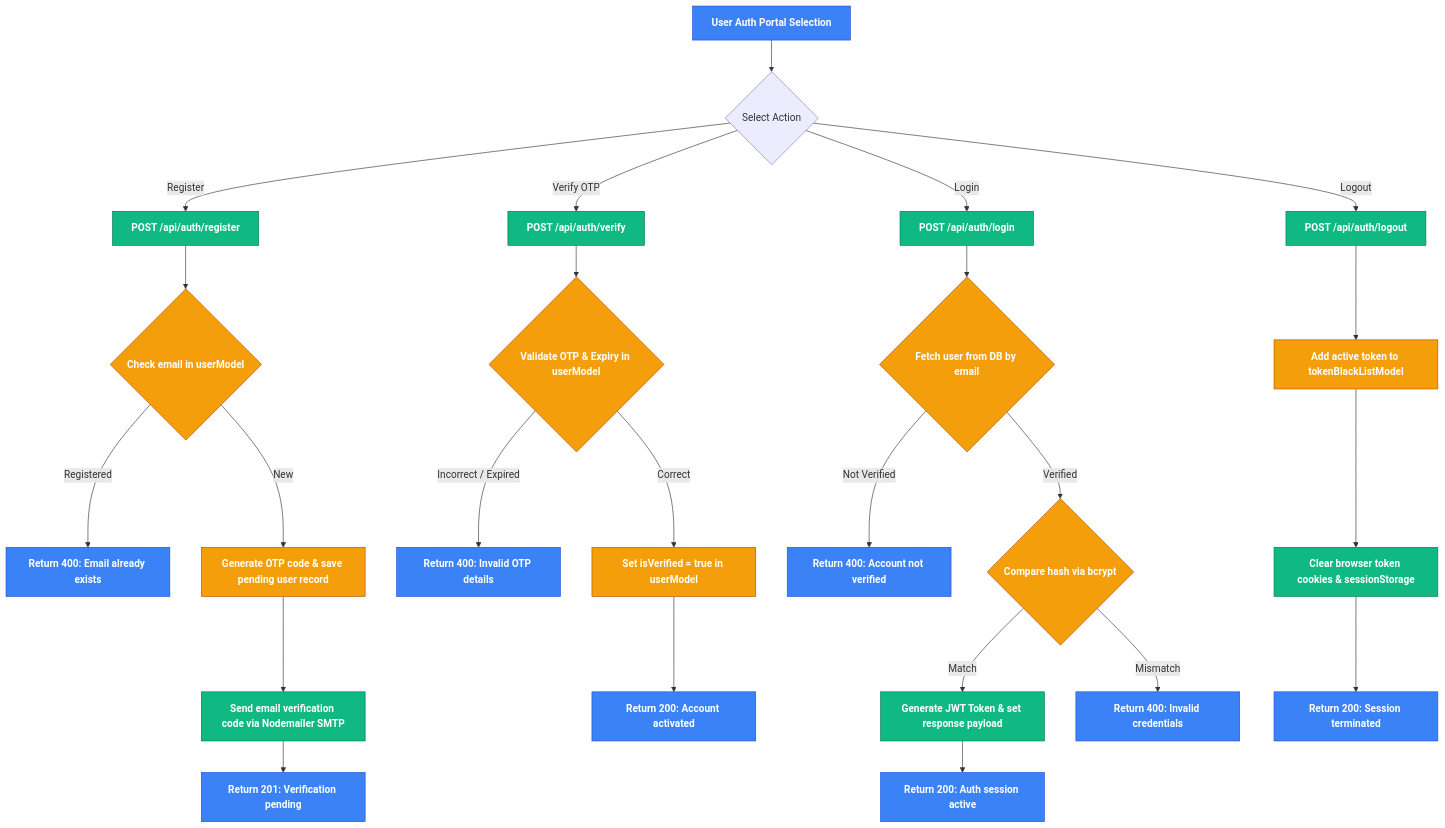
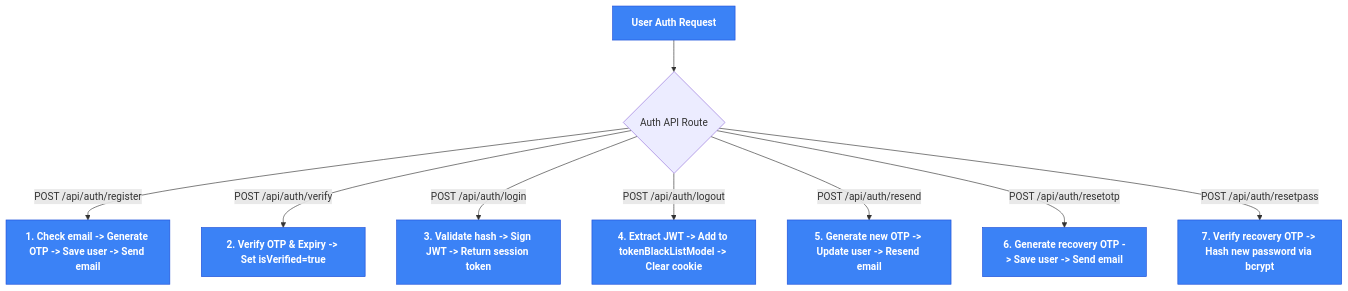
One commit to nihar5776/Banking-System changed the second of 5 diagrams in README.md. Above: the diagram before and after it, drawn with Mermaid. The commit also changed other lines of this file, not shown here.

Commit message:
docs: detail explicit step-by-step execution workflows for all 14 backend API endpoints in README

````diff
--- a/README.md
+++ b/README.md
@@ -238,40 +238,18 @@
 ```mermaid
 graph TD
     classDef client fill:#3b82f6,stroke:#1d4ed8,color:#fff,font-weight:bold;
     classDef server fill:#10b981,stroke:#047857,color:#fff,font-weight:bold;
     classDef db fill:#f59e0b,stroke:#b45309,color:#fff,font-weight:bold;
     
-    Start["User Auth Portal Selection"] --> Route{Select Action}
+    Start["User Auth Request"] --> Route{Auth API Route}
     
-    %% Register
-    Route -->|Register| Register["POST /api/auth/register"]:::server
-    Register --> FindUser{"Check email in userModel"}:::db
-    FindUser -->|Registered| RegFail["Return 400: Email already exists"]:::server
-    FindUser -->|New| SaveOtp["Generate OTP code & save pending user record"]:::db
-    SaveOtp --> SendMail["Send email verification code via Nodemailer SMTP"]:::server
-    SendMail --> RegSuccess["Return 201: Verification pending"]:::server
-    
-    %% Verify OTP
-    Route -->|Verify OTP| Verify["POST /api/auth/verify"]:::server
-    Verify --> CheckOtp{"Validate OTP & Expiry in userModel"}:::db
-    CheckOtp -->|Incorrect / Expired| VerifyFail["Return 400: Invalid OTP details"]:::server
-    CheckOtp -->|Correct| ActivateUser["Set isVerified = true in userModel"]:::db
-    ActivateUser --> VerifySuccess["Return 200: Account activated"]:::server
-    
-    %% Login
-    Route -->|Login| Login["POST /api/auth/login"]:::server
-    Login --> LoadUser{"Fetch user from DB by email"}:::db
-    LoadUser -->|Not Verified| LoginUnverified["Return 400: Account not verified"]:::server
-    LoadUser -->|Verified| CompareHash{"Compare hash via bcrypt"}:::db
-    CompareHash -->|Match| SetCookie["Generate JWT Token & set response payload"]:::server
-    CompareHash -->|Mismatch| LoginFail["Return 400: Invalid credentials"]:::server
-    SetCookie --> LoginSuccess["Return 200: Auth session active"]:::server
-    
-    %% Logout
-    Route -->|Logout| Logout["POST /api/auth/logout"]:::server
-    Logout --> InvalidateToken["Add active token to tokenBlackListModel"]:::db
-    InvalidateToken --> ClearCookie["Clear browser token cookies & sessionStorage"]:::server
-    ClearCookie --> LogoutSuccess["Return 200: Session terminated"]:::server
+    Route -->|POST /api/auth/register| Reg["1. Check email -> Generate OTP -> Save user -> Send email"]:::server
+    Route -->|POST /api/auth/verify| Ver["2. Verify OTP & Expiry -> Set isVerified=true"]:::server
+    Route -->|POST /api/auth/login| Log["3. Validate hash -> Sign JWT -> Return session token"]:::server
+    Route -->|POST /api/auth/logout| Out["4. Extract JWT -> Add to tokenBlackListModel -> Clear cookie"]:::server
+    Route -->|POST /api/auth/resend| Res["5. Generate new OTP -> Update user -> Resend email"]:::server
+    Route -->|POST /api/auth/resetotp| Rotp["6. Generate recovery OTP -> Save user -> Send email"]:::server
+    Route -->|POST /api/auth/resetpass| Rpass["7. Verify recovery OTP -> Hash new password via bcrypt"]:::server
 
-    class Start,RegFail,RegSuccess,VerifyFail,VerifySuccess,LoginUnverified,LoginFail,LoginSuccess,LogoutSuccess client;
+    class Start,Reg,Ver,Log,Out,Res,Rotp,Rpass client;
 ```
````
